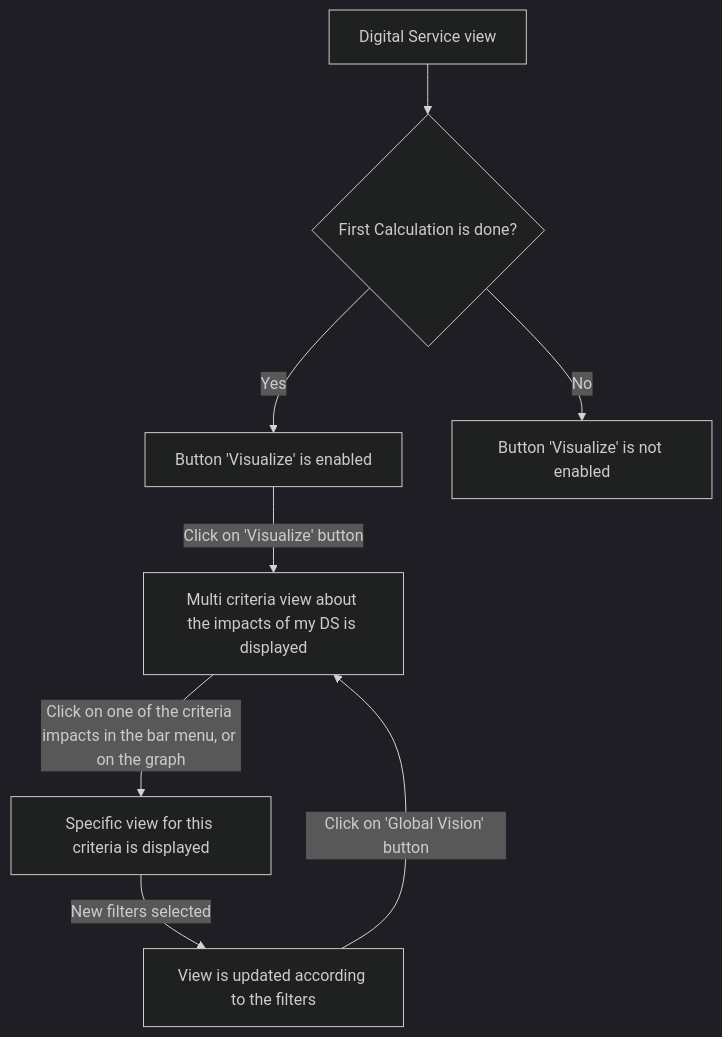
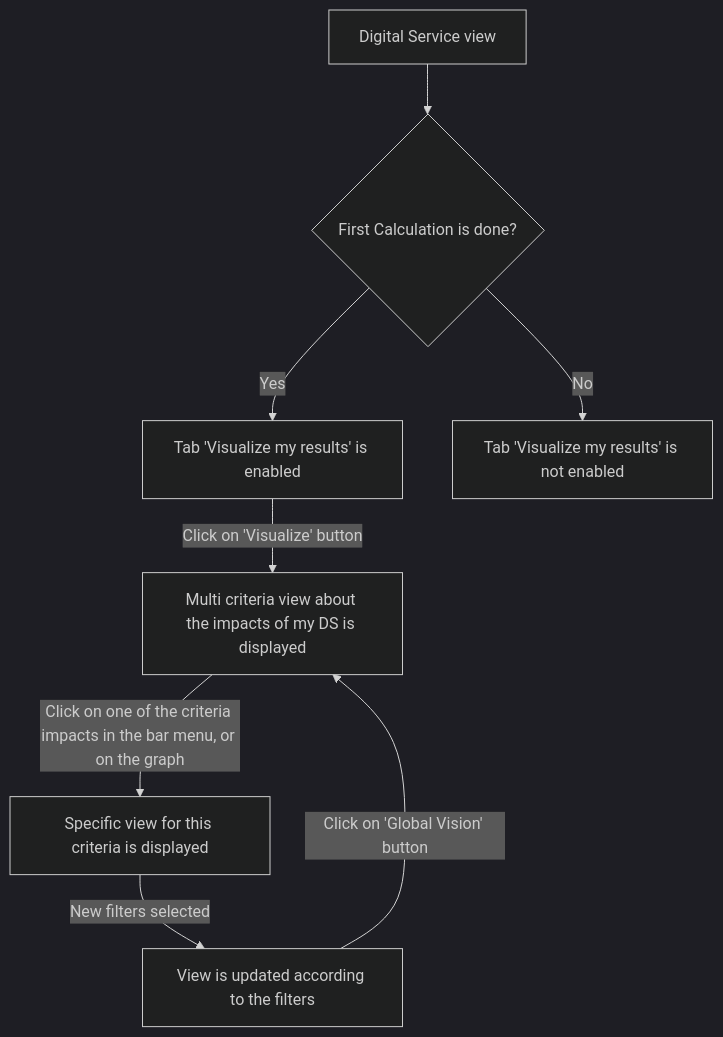
Before and after one commit to teamg4it/g4it: the first of 2 diagrams in services/documentation/content/2-functional-documentation/use_cases/uc_digital_services/uc5_visualize_footprint/_index.md, drawn with Mermaid (dark theme). The commit also changed other lines of this file and 67 other files, not shown here.

```diff
--- a/services/documentation/content/2-functional-documentation/use_cases/uc_digital_services/uc5_visualize_footprint/_index.md
+++ b/services/documentation/content/2-functional-documentation/use_cases/uc_digital_services/uc5_visualize_footprint/_index.md
@@ -33,9 +33,9 @@
 {{< mermaid align="center">}}
 graph TD;
 Step1[Digital Service view] --> Decision1{First Calculation is done?}
-Decision1-->|Yes|Step2[Button 'Visualize' is enabled]
-Decision1-->|No|Step3[Button 'Visualize' is not enabled]
+Decision1-->|Yes|Step2[Tab 'Visualize my results' is enabled]
+Decision1-->|No|Step3[Tab 'Visualize my results' is not enabled]
 Step2-->|Click on 'Visualize' button|Step4[Multi criteria view about the impacts of my DS is displayed]-->|Click on one of the criteria impacts in the bar menu, or on the graph|Step5[Specific view for this criteria is displayed]-->|New filters selected|Step8
 Step8[View is updated according to the filters]
 Step8-->|Click on 'Global Vision' button|Step4
 {{< /mermaid >}}
```
